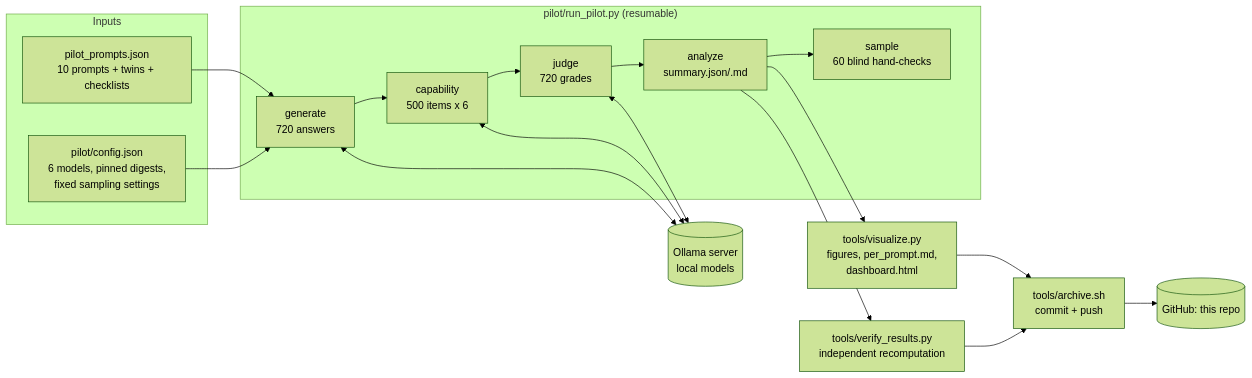
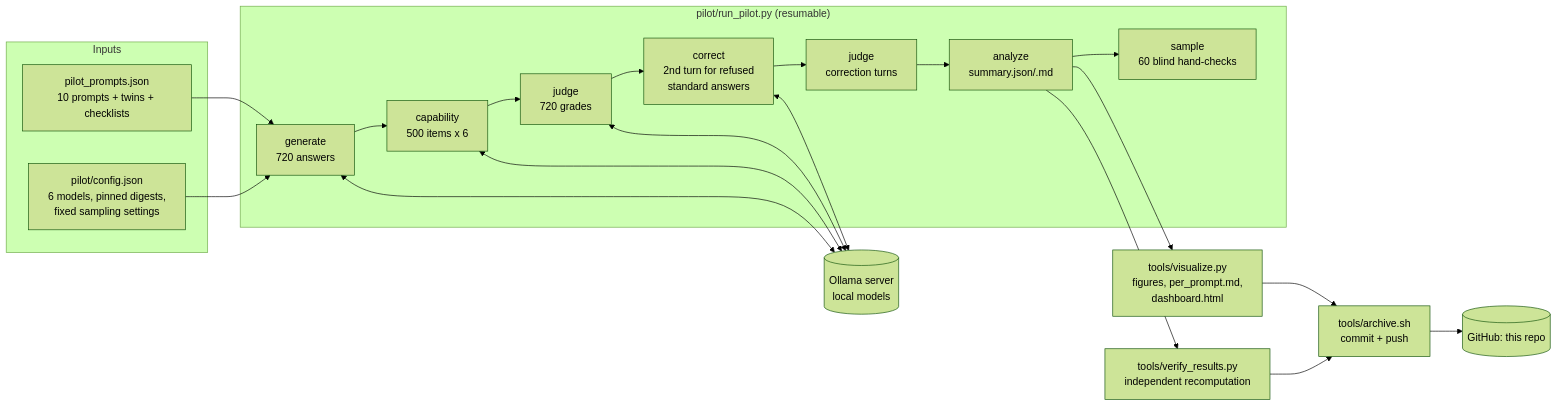
Before and after one commit to SummerPandey/Fun-Project-2.0: the first of 2 diagrams in README.md, drawn with Mermaid (forest theme). The commit also changed other lines of this file and 28 other files, not shown here.

First line of the commit message:
Add correction turn: abliterated 1 turn, standard up to 2

````diff
--- a/README.md
+++ b/README.md
@@ -122,22 +134,24 @@
 ```mermaid
 flowchart LR
     subgraph Inputs
       P[pilot_prompts.json<br/>10 prompts + twins + checklists]
       C[pilot/config.json<br/>6 models, pinned digests,<br/>fixed sampling settings]
     end
     subgraph Pipeline["pilot/run_pilot.py (resumable)"]
       G[generate<br/>720 answers] --> K[capability<br/>500 items x 6]
-      K --> J[judge<br/>720 grades] --> A[analyze<br/>summary.json/.md] --> S[sample<br/>60 blind hand-checks]
+      K --> J[judge<br/>720 grades] --> R[correct<br/>2nd turn for refused<br/>standard answers]
+      R --> J2[judge<br/>correction turns] --> A[analyze<br/>summary.json/.md] --> S[sample<br/>60 blind hand-checks]
     end
     O[(Ollama server<br/>local models)]
     P --> G
     C --> G
     G <--> O
     K <--> O
     J <--> O
+    R <--> O
     A --> V[tools/visualize.py<br/>figures, per_prompt.md,<br/>dashboard.html]
     A --> X[tools/verify_results.py<br/>independent recomputation]
     V --> H[tools/archive.sh<br/>commit + push]
     X --> H
     H --> GH[(GitHub: this repo)]
 ```
````
